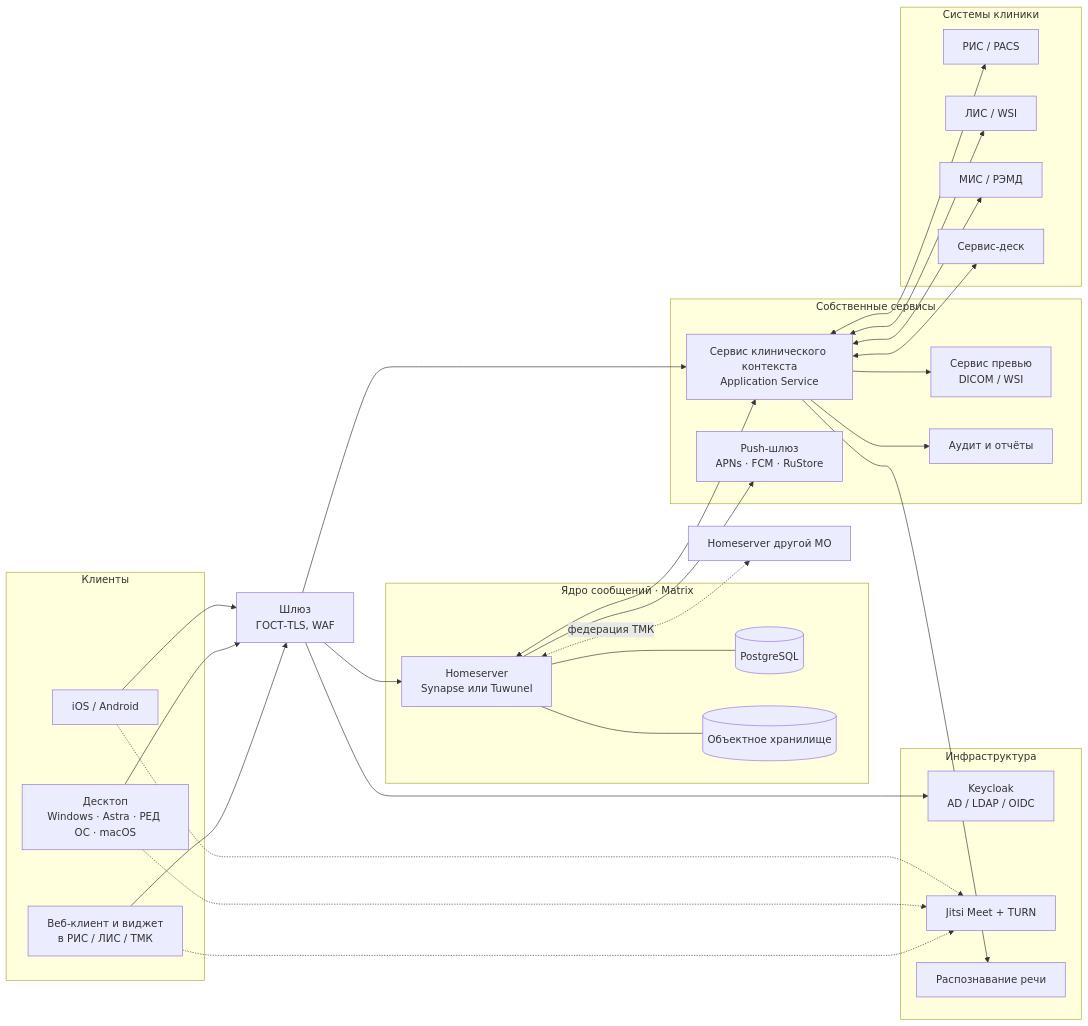
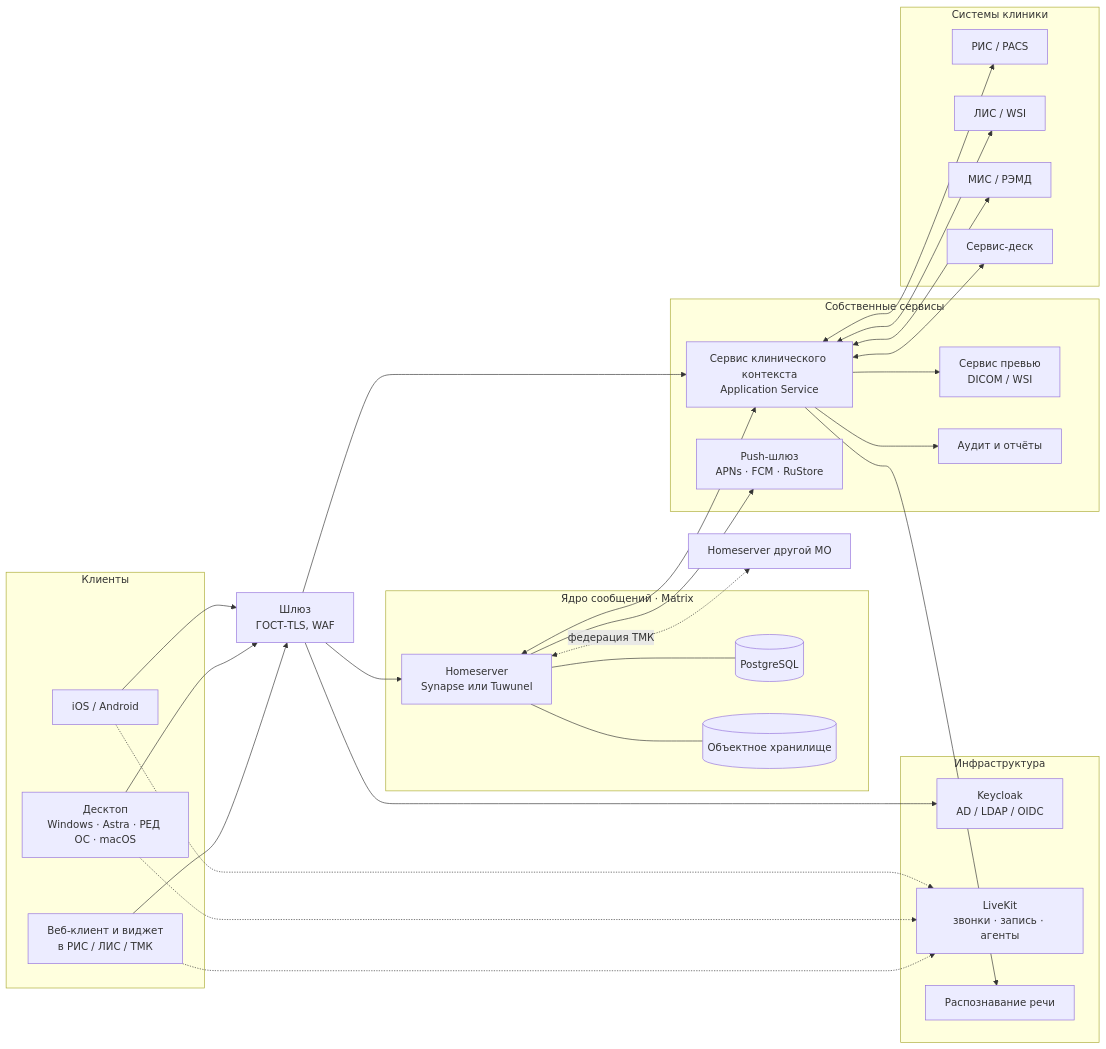
Before and after one commit to Joesanches/talkarch: the diagram in docs/01-concept.md, drawn with Mermaid. The commit also changed other lines of this file and 5 other files, not shown here.

First line of the commit message:
Видеосвязь на LiveKit: вебинары, запись и ИИ

````diff
--- a/docs/01-concept.md
+++ b/docs/01-concept.md
@@ -133,52 +134,52 @@
 ```mermaid
 flowchart LR
   subgraph clients["Клиенты"]
     W["Веб-клиент и виджет<br/>в РИС / ЛИС / ТМК"]
     D["Десктоп<br/>Windows · Astra · РЕД ОС · macOS"]
     M["iOS / Android"]
   end
   E["Шлюз<br/>ГОСТ-TLS, WAF"]
   subgraph core["Ядро сообщений · Matrix"]
     HS["Homeserver<br/>Synapse или Tuwunel"]
     DB[("PostgreSQL")]
     S3[("Объектное хранилище")]
   end
   subgraph own["Собственные сервисы"]
     CCS["Сервис клинического контекста<br/>Application Service"]
     PRE["Сервис превью<br/>DICOM / WSI"]
     PUSH["Push-шлюз<br/>APNs · FCM · RuStore"]
     AUD["Аудит и отчёты"]
   end
   subgraph infra["Инфраструктура"]
     IDP["Keycloak<br/>AD / LDAP / OIDC"]
-    RTC["Jitsi Meet + TURN"]
+    RTC["LiveKit<br/>звонки · запись · агенты"]
     ASR["Распознавание речи"]
   end
   subgraph hospital["Системы клиники"]
     RIS["РИС / PACS"]
     LIS["ЛИС / WSI"]
     MIS["МИС / РЭМД"]
     SD["Сервис-деск"]
   end
   W --> E
   D --> E
   M --> E
   E --> HS
   E --> CCS
   E --> IDP
   HS --- DB
   HS --- S3
   HS <--> CCS
   HS --> PUSH
   CCS <--> RIS
   CCS <--> LIS
   CCS <--> MIS
   CCS <--> SD
   CCS --> PRE
   CCS --> AUD
   CCS --> ASR
   W -.-> RTC
   D -.-> RTC
   M -.-> RTC
   HS <-.->|"федерация ТМК"| HS2["Homeserver другой МО"]
 ```
````
